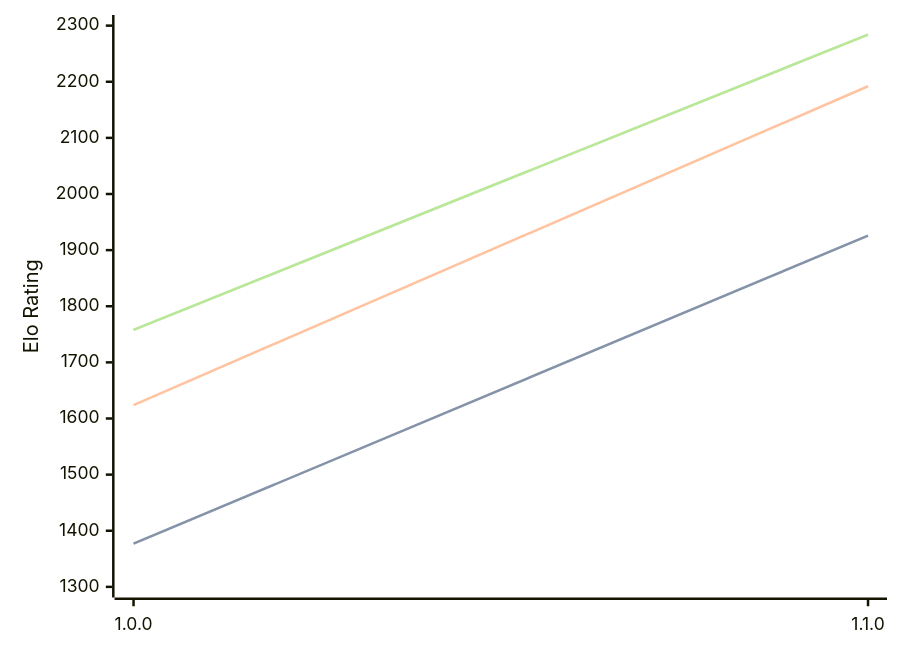
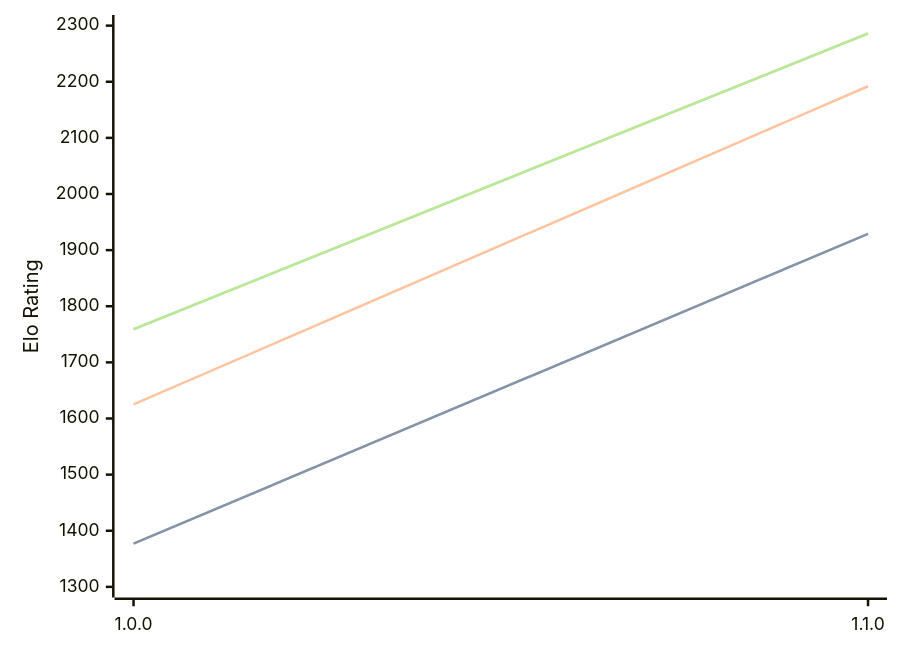
Before and after one commit to computer-chess-index/cci: the diagram in engines/Akerbeltz.md, drawn with Mermaid. The commit also changed other lines of this file, not shown here.

Commit message:
Update CCI Ratings (ELO VLTC) - 2026-08-09

````diff
--- a/engines/Akerbeltz.md
+++ b/engines/Akerbeltz.md
@@ -32,11 +32,11 @@
 ```mermaid
 %%{init: {"theme":"base","themeVariables":{"seriesColors:['#a3a3a3','#222221','#faa371']}}}%%
 xychart-beta
   x-axis ["1.0.0", "1.1.0"]
   y-axis "Elo Rating" 1300 --> 2300
-  line "STC (8.0+0.08s)" [1377, 1926]
-  line "STC (8.0+0.08s)" [1377, 1926]
-  line "LTC (60.0+0.60s)" [1624, 2192]
-  line "VLTC (2m24s+1.12s)" [1758, 2284]
-  line "VLTC (2m24s+1.12s)" [1758, 2284]
+  line "STC (8.0+0.08s)" [1377, 1929]
+  line "STC (8.0+0.08s)" [1377, 1929]
+  line "LTC (60.0+0.60s)" [1625, 2192]
+  line "VLTC (2m24s+1.12s)" [1759, 2286]
+  line "VLTC (2m24s+1.12s)" [1759, 2286]
 ```
````
